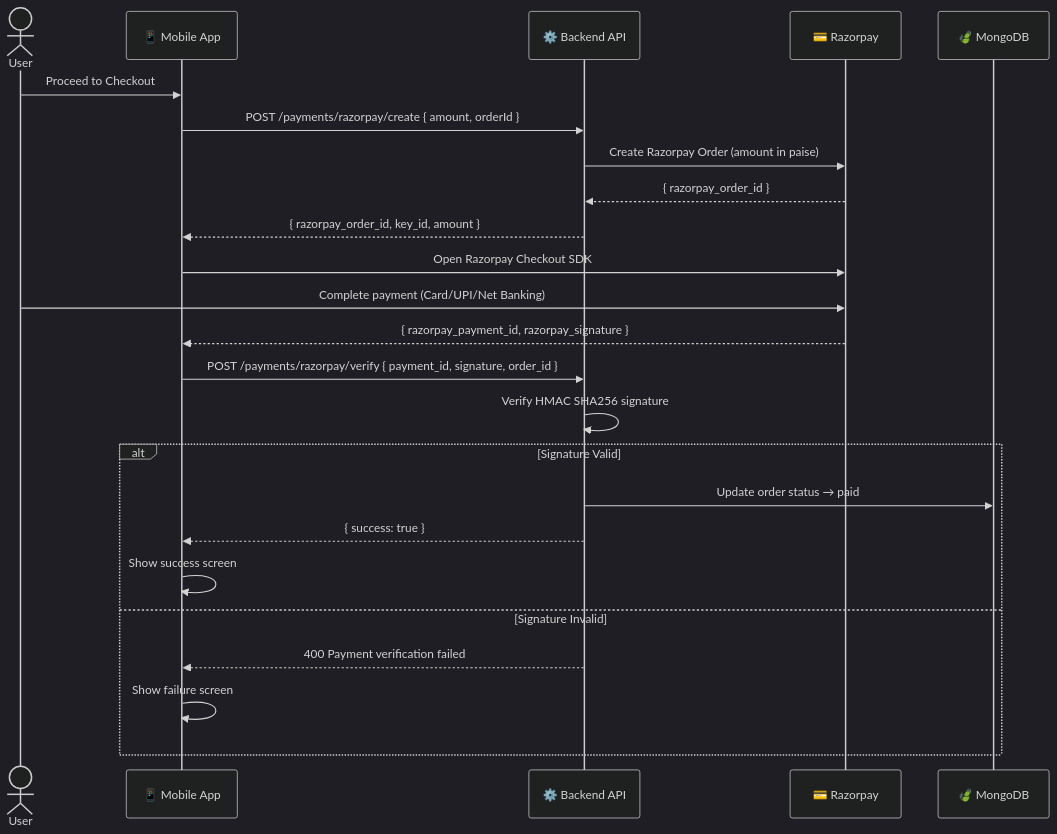
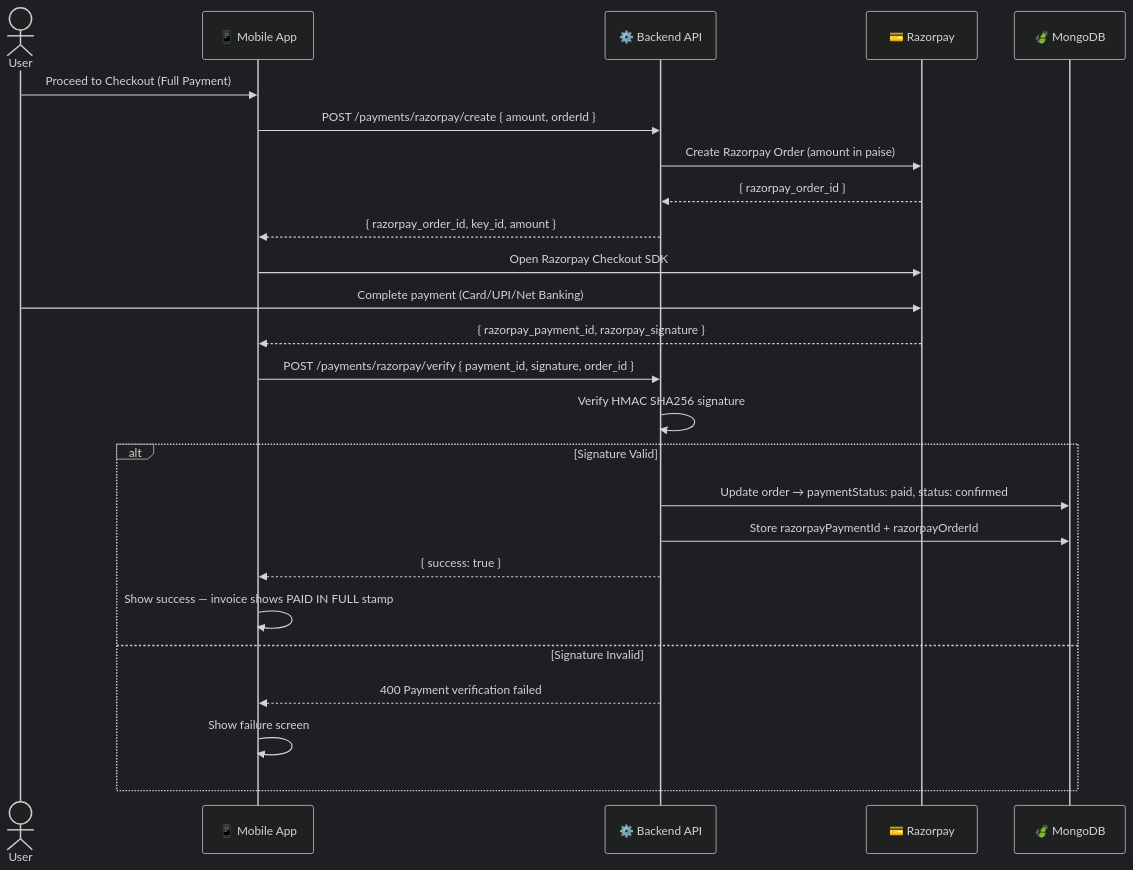
One commit to vanshjain271/Pretina changed the fifth of 14 diagrams in SYSTEM_DESIGN.md. Above: the diagram before and after it, drawn with Mermaid (dark theme). The commit also changed other lines of this file, not shown here.

Commit message:
docs: update SYSTEM_DESIGN.md with payment flows, DNS setup, Counter model, v1.0.21

````diff
--- a/SYSTEM_DESIGN.md
+++ b/SYSTEM_DESIGN.md
@@ -178,29 +178,30 @@
 ```mermaid
 sequenceDiagram
     actor User
     participant App as 📱 Mobile App
     participant API as ⚙️ Backend API
     participant RPY as 💳 Razorpay
     participant DB as 🍃 MongoDB
 
-    User->>App: Proceed to Checkout
+    User->>App: Proceed to Checkout (Full Payment)
     App->>API: POST /payments/razorpay/create { amount, orderId }
     API->>RPY: Create Razorpay Order (amount in paise)
     RPY-->>API: { razorpay_order_id }
     API-->>App: { razorpay_order_id, key_id, amount }
 
     App->>RPY: Open Razorpay Checkout SDK
     User->>RPY: Complete payment (Card/UPI/Net Banking)
     RPY-->>App: { razorpay_payment_id, razorpay_signature }
 
     App->>API: POST /payments/razorpay/verify { payment_id, signature, order_id }
     API->>API: Verify HMAC SHA256 signature
     alt Signature Valid
-        API->>DB: Update order status → paid
+        API->>DB: Update order → paymentStatus: paid, status: confirmed
+        API->>DB: Store razorpayPaymentId + razorpayOrderId
         API-->>App: { success: true }
-        App->>App: Show success screen
+        App->>App: Show success — invoice shows PAID IN FULL stamp
     else Signature Invalid
         API-->>App: 400 Payment verification failed
         App->>App: Show failure screen
     end
 ```
````
